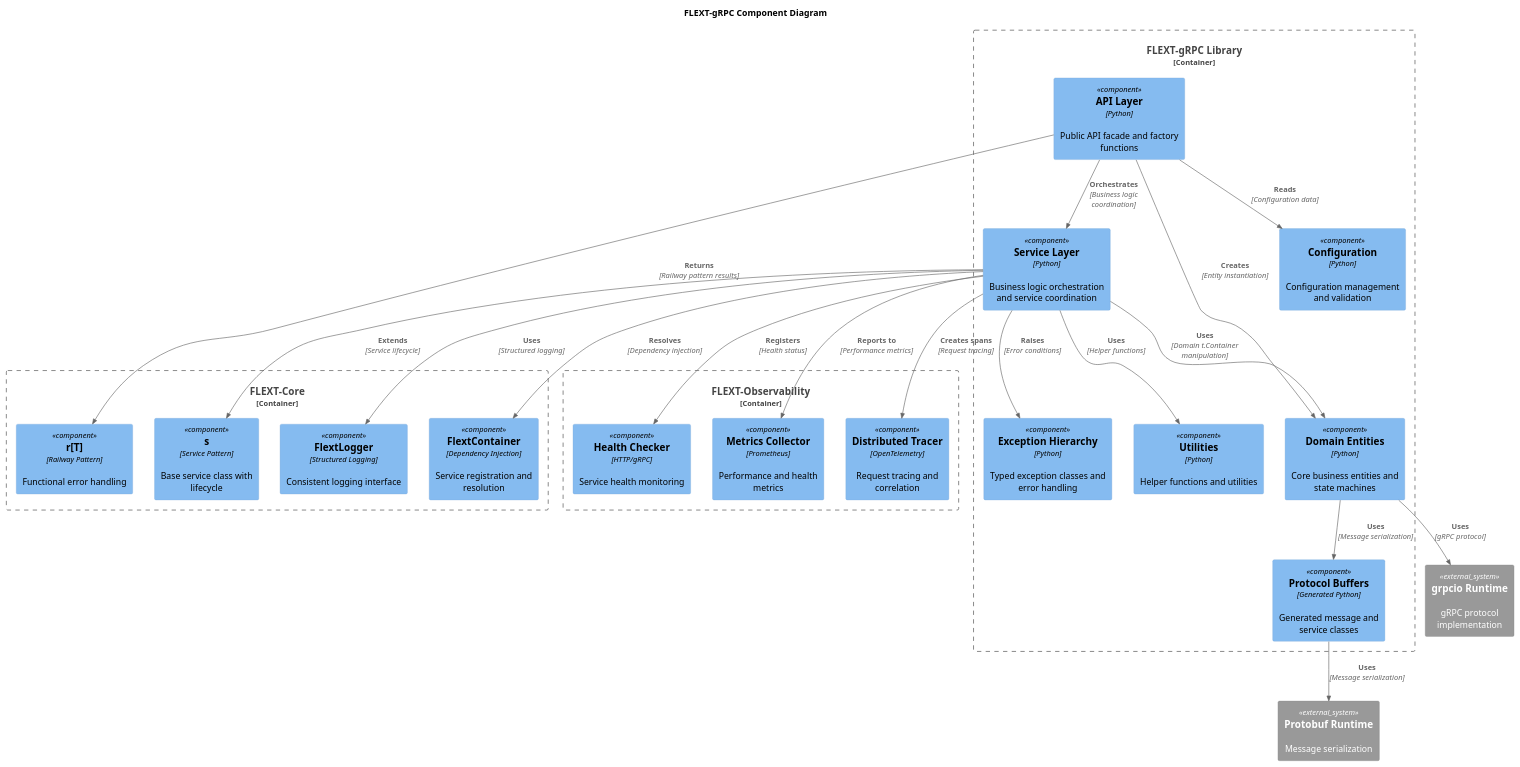
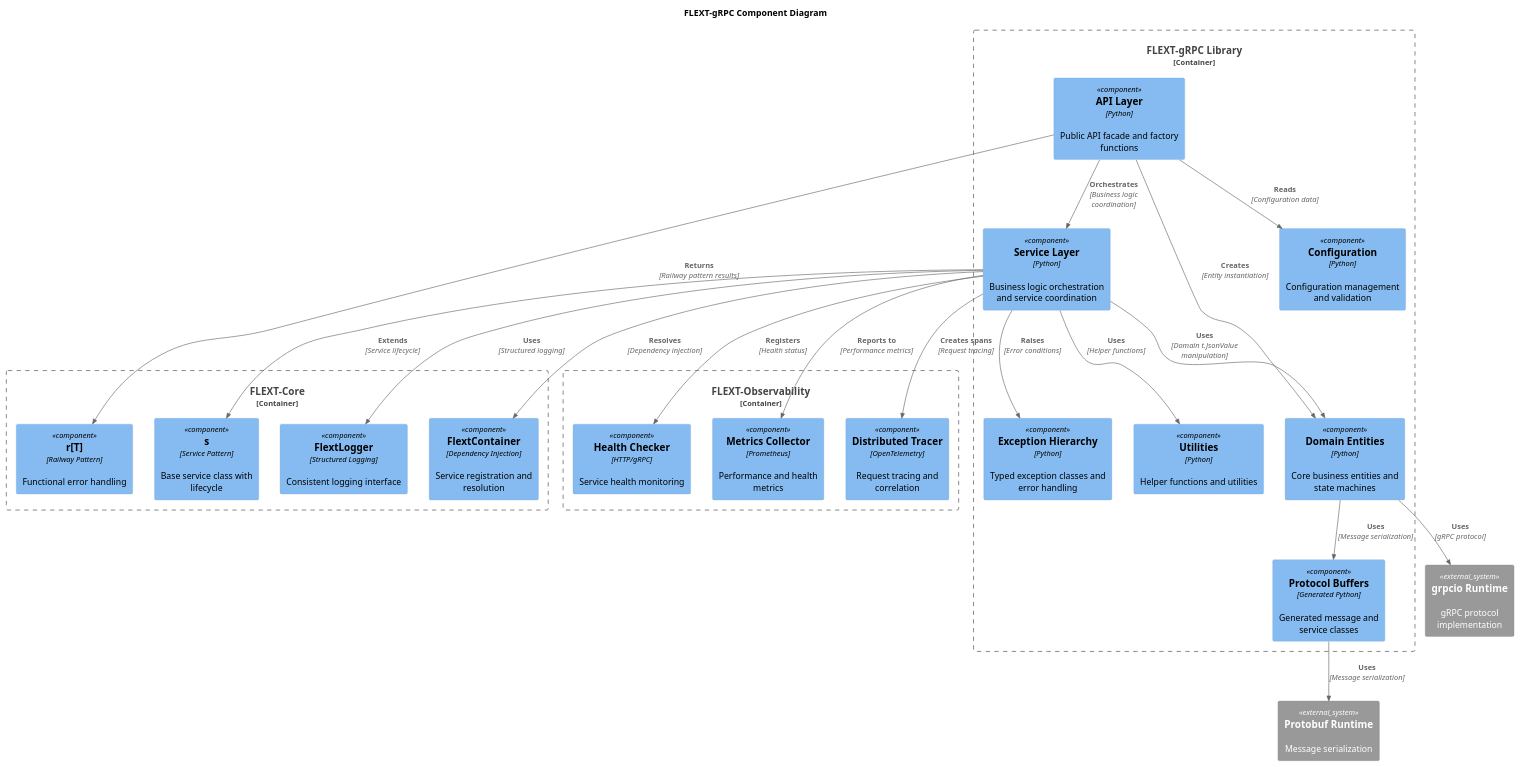
One commit to flext-sh/flext-grpc changed the diagram in docs/architecture/diagrams/components.puml. Above: the diagram before and after it, drawn with PlantUML. The commit also changed 22 other files, not shown here.

```diff
--- a/docs/architecture/diagrams/components.puml
+++ b/docs/architecture/diagrams/components.puml
@@ -1,54 +1,54 @@
 @startuml FLEXT-gRPC Component Diagram
 !include <C4/C4_Component>
 
 title FLEXT-gRPC Component Diagram
 
 Container_Boundary(flext_grpc_lib, "FLEXT-gRPC Library") {
     Component(flext_grpc_api, "API Layer", "Python", "Public API facade and factory functions")
     Component(flext_grpc_services, "Service Layer", "Python", "Business logic orchestration and service coordination")
     Component(flext_grpc_entities, "Domain Entities", "Python", "Core business entities and state machines")
     Component(flext_grpc_config, "Configuration", "Python", "Configuration management and validation")
     Component(flext_grpc_exceptions, "Exception Hierarchy", "Python", "Typed exception classes and error handling")
     Component(flext_grpc_utilities, "Utilities", "Python", "Helper functions and utilities")
     Component(flext_grpc_protobuf, "Protocol Buffers", "Generated Python", "Generated message and service classes")
 }
 
 Container_Boundary(flext_core, "FLEXT-Core") {
     Component(flext_result, "r[T]", "Railway Pattern", "Functional error handling")
     Component(flext_container, "FlextContainer", "Dependency Injection", "Service registration and resolution")
     Component(flext_service, "s", "Service Pattern", "Base service class with lifecycle")
     Component(flext_logger, "FlextLogger", "Structured Logging", "Consistent logging interface")
 }
 
 Container_Boundary(flext_observability, "FLEXT-Observability") {
     Component(metrics_collector, "Metrics Collector", "Prometheus", "Performance and health metrics")
     Component(tracer, "Distributed Tracer", "OpenTelemetry", "Request tracing and correlation")
     Component(health_checker, "Health Checker", "HTTP/gRPC", "Service health monitoring")
 }
 
 System_Ext(grpcio_runtime, "grpcio Runtime", "gRPC protocol implementation")
 System_Ext(protobuf_runtime, "Protobuf Runtime", "Message serialization")
 
 Rel(flext_grpc_api, flext_grpc_services, "Orchestrates", "Business logic coordination")
 Rel(flext_grpc_api, flext_grpc_entities, "Creates", "Entity instantiation")
 Rel(flext_grpc_api, flext_grpc_config, "Reads", "Configuration data")
 
-Rel(flext_grpc_services, flext_grpc_entities, "Uses", "Domain t.Container manipulation")
+Rel(flext_grpc_services, flext_grpc_entities, "Uses", "Domain t.JsonValue manipulation")
 Rel(flext_grpc_services, flext_grpc_exceptions, "Raises", "Error conditions")
 Rel(flext_grpc_services, flext_grpc_utilities, "Uses", "Helper functions")
 
 Rel(flext_grpc_entities, flext_grpc_protobuf, "Uses", "Message serialization")
 
 Rel(flext_grpc_api, flext_result, "Returns", "Railway pattern results")
 Rel(flext_grpc_services, flext_container, "Resolves", "Dependency injection")
 Rel(flext_grpc_services, flext_service, "Extends", "Service lifecycle")
 Rel(flext_grpc_services, flext_logger, "Uses", "Structured logging")
 
 Rel(flext_grpc_services, metrics_collector, "Reports to", "Performance metrics")
 Rel(flext_grpc_services, tracer, "Creates spans", "Request tracing")
 Rel(flext_grpc_services, health_checker, "Registers", "Health status")
 
 Rel(flext_grpc_entities, grpcio_runtime, "Uses", "gRPC protocol")
 Rel(flext_grpc_protobuf, protobuf_runtime, "Uses", "Message serialization")
 
 @enduml
```
